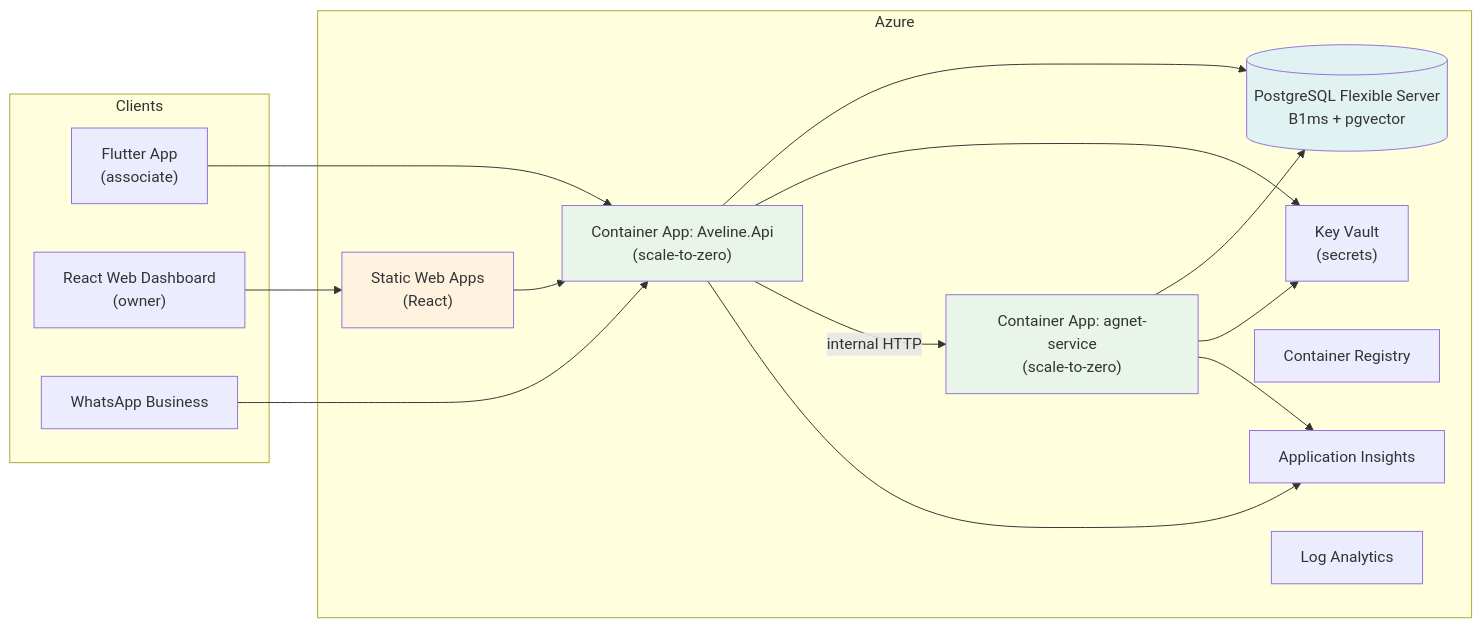
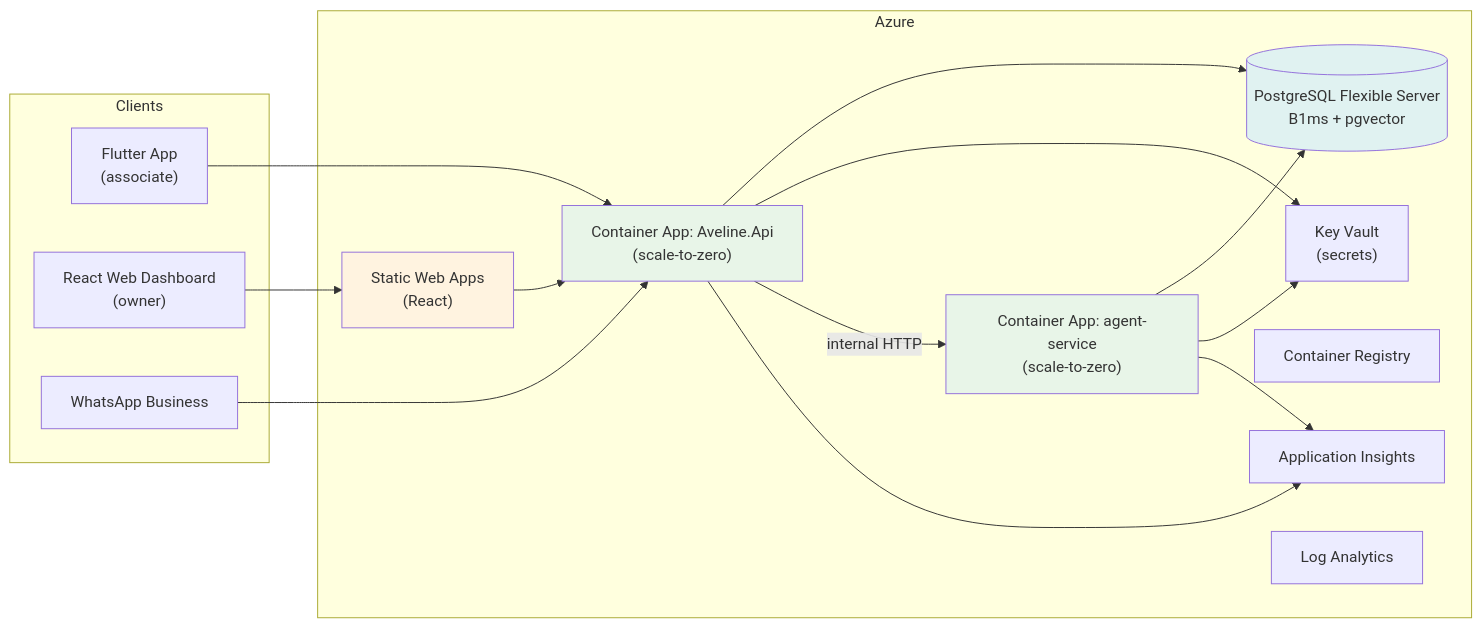
Before and after one commit to KavinduNirmal/aveline: the diagram in docs/deployment.md, drawn with Mermaid. The commit also changed other lines of this file and 245 other files, not shown here.

First line of the commit message:
refactor(agent): rename agnet-service to agent-service

````diff
--- a/docs/deployment.md
+++ b/docs/deployment.md
@@ -24,36 +24,36 @@
 ```mermaid
 graph LR
     subgraph Clients
         Flutter["Flutter App<br/>(associate)"]
         React["React Web Dashboard<br/>(owner)"]
         WhatsApp["WhatsApp Business"]
     end
 
     subgraph Azure
         ACA1["Container App: Aveline.Api<br/>(scale-to-zero)"]
-        ACA2["Container App: agnet-service<br/>(scale-to-zero)"]
+        ACA2["Container App: agent-service<br/>(scale-to-zero)"]
         PG[("PostgreSQL Flexible Server<br/>B1ms + pgvector")]
         KV["Key Vault<br/>(secrets)"]
         ACR["Container Registry"]
         SWA["Static Web Apps<br/>(React)"]
         AI["Application Insights"]
         LA["Log Analytics"]
     end
 
     Flutter --> ACA1
     React --> SWA
     WhatsApp --> ACA1
     ACA1 --> PG
     ACA1 --> KV
     ACA1 -->|internal HTTP| ACA2
     ACA2 --> PG
     ACA2 --> KV
     ACA1 --> AI
     ACA2 --> AI
     SWA --> ACA1
 
     style ACA1 fill:#e8f5e8
     style ACA2 fill:#e8f5e8
     style PG fill:#e0f2f1
     style SWA fill:#fff3e0
 ```
````
